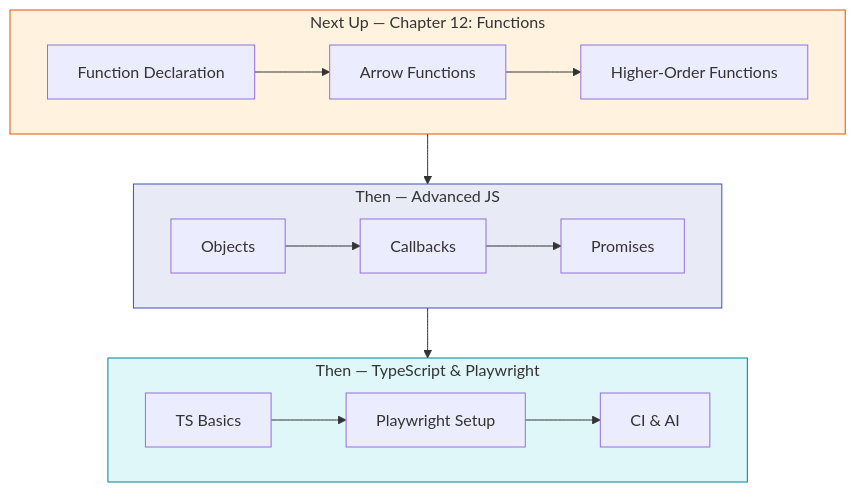
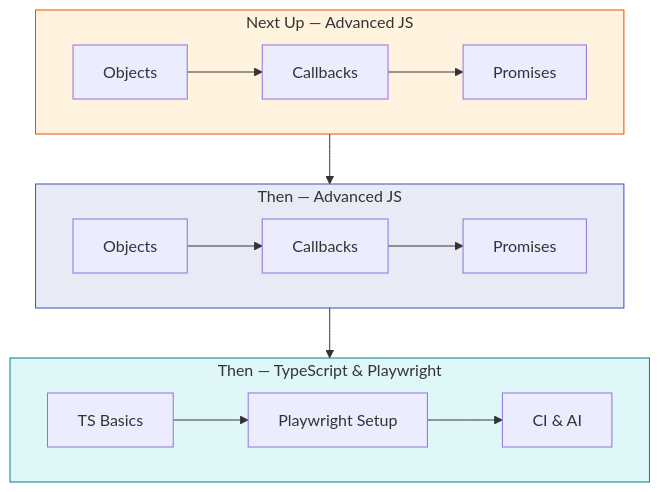
One commit to HBSahoo/LearnPlaywrightBatch2x changed the fifth of 7 diagrams in README.md. Above: the diagram before and after it, drawn with Mermaid. The commit also changed other lines of this file and 12 other files, not shown here.

````diff
--- a/README.md
+++ b/README.md
@@ -728,23 +780,23 @@
 ```mermaid
 graph TD
-    subgraph next["Next Up — Chapter 12: Functions"]
-        N1[Function Declaration] --> N2[Arrow Functions]
-        N2 --> N3[Higher-Order Functions]
+    subgraph next["Next Up — Advanced JS"]
+        N1[Objects] --> N2[Callbacks]
+        N2 --> N3[Promises]
     end
 
     subgraph then["Then — Advanced JS"]
         T1[Objects] --> T2[Callbacks]
         T2 --> T3[Promises]
     end
 
     subgraph then2["Then — TypeScript & Playwright"]
         F1[TS Basics] --> F2[Playwright Setup]
         F2 --> F3[CI & AI]
     end
 
     next --> then --> then2
 
     style next fill:#fff3e0,stroke:#e65100
     style then fill:#e8eaf6,stroke:#3f51b5
     style then2 fill:#e0f7fa,stroke:#00838f
 ```
````
